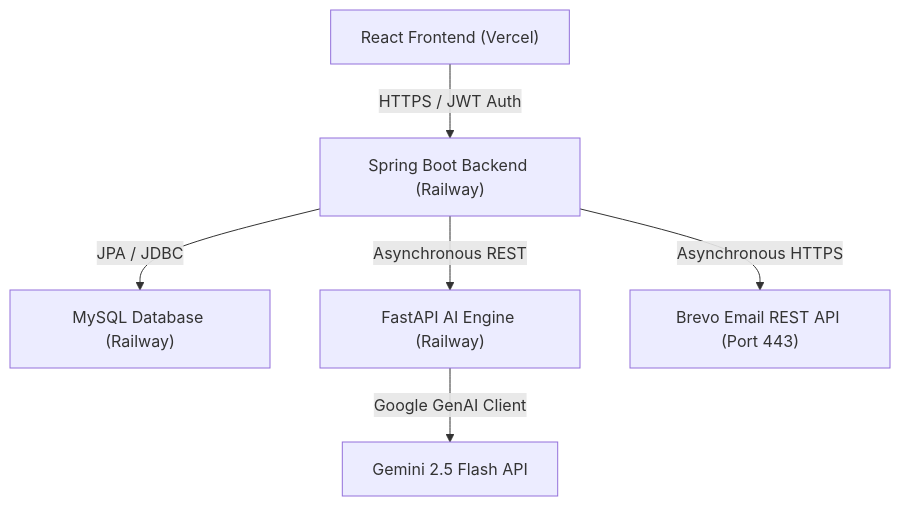
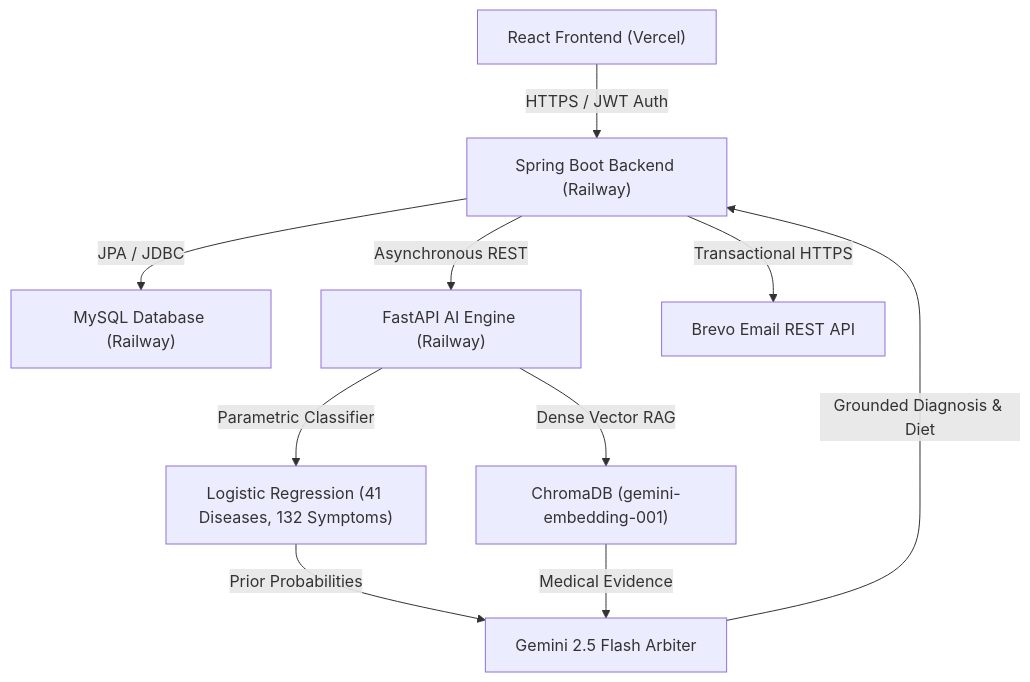
One commit to Harsh9945/Clinicalsystem changed the diagram in README.md. Above: the diagram before and after it, drawn with Mermaid. The commit also changed other lines of this file and 1 other file, not shown here.

Commit message:
docs: update root and engine READMEs with RAG architecture, ablation results, and HLD/LLD references

````diff
--- a/README.md
+++ b/README.md
@@ -11,8 +14,12 @@
 ```mermaid
 graph TD
     A["React Frontend (Vercel)"] -->|HTTPS / JWT Auth| B["Spring Boot Backend (Railway)"]
     B -->|JPA / JDBC| C["MySQL Database (Railway)"]
     B -->|Asynchronous REST| D["FastAPI AI Engine (Railway)"]
-    D -->|Google GenAI Client| E["Gemini 2.5 Flash API"]
-    B -->|Asynchronous HTTPS| F["Brevo Email REST API (Port 443)"]
+    D -->|Parametric Classifier| E["Logistic Regression (41 Diseases, 132 Symptoms)"]
+    D -->|Dense Vector RAG| F["ChromaDB (gemini-embedding-001)"]
+    E -->|Prior Probabilities| G["Gemini 2.5 Flash Arbiter"]
+    F -->|Medical Evidence| G
+    G -->|Grounded Diagnosis & Diet| B
+    B -->|Transactional HTTPS| H["Brevo Email REST API"]
 ```
````
